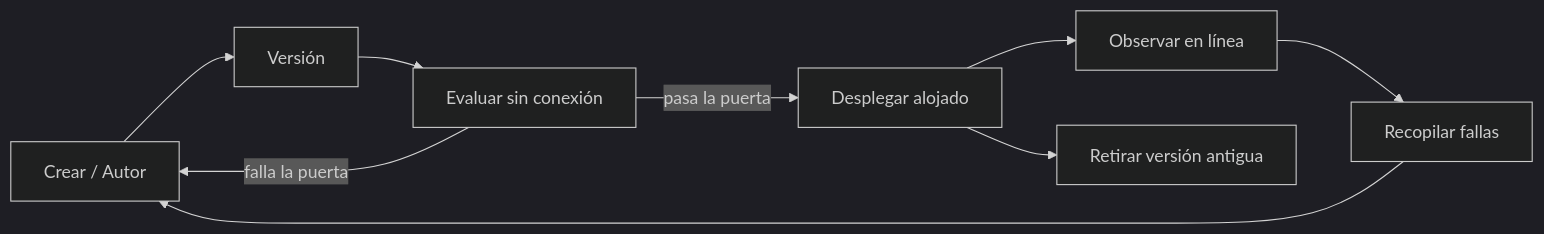
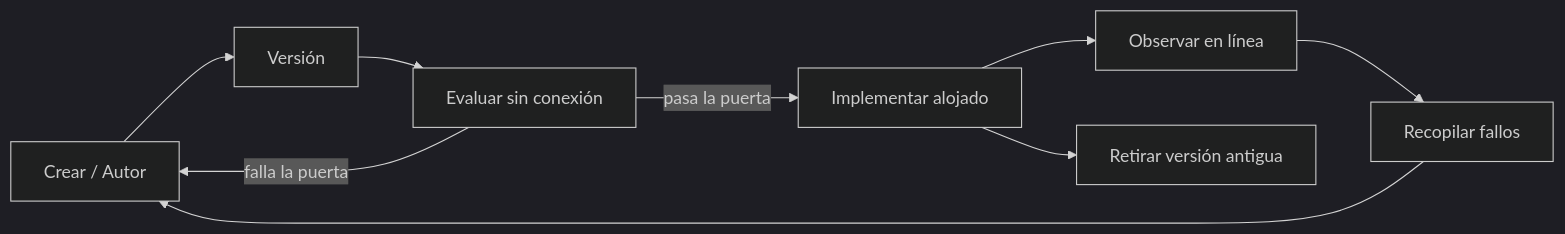
Before and after one commit to microsoft/ai-agents-for-beginners: the second of 4 diagrams in translations/es/16-deploying-scalable-agents/README.md, drawn with Mermaid (dark theme). The commit also changed other lines of this file and 47 other files, not shown here.

````diff
--- a/translations/es/16-deploying-scalable-agents/README.md
+++ b/translations/es/16-deploying-scalable-agents/README.md
@@ -108,11 +108,11 @@
 ```mermaid
 flowchart LR
     Create[Crear / Autor] --> Version[Versión]
     Version --> Evaluate[Evaluar sin conexión]
-    Evaluate -->|pasa la puerta| Deploy[Desplegar alojado]
+    Evaluate -->|pasa la puerta| Deploy[Implementar alojado]
     Evaluate -->|falla la puerta| Create
     Deploy --> Observe[Observar en línea]
-    Observe --> Improve[Recopilar fallas]
+    Observe --> Improve[Recopilar fallos]
     Improve --> Create
     Deploy --> Retire[Retirar versión antigua]
 ```
````
